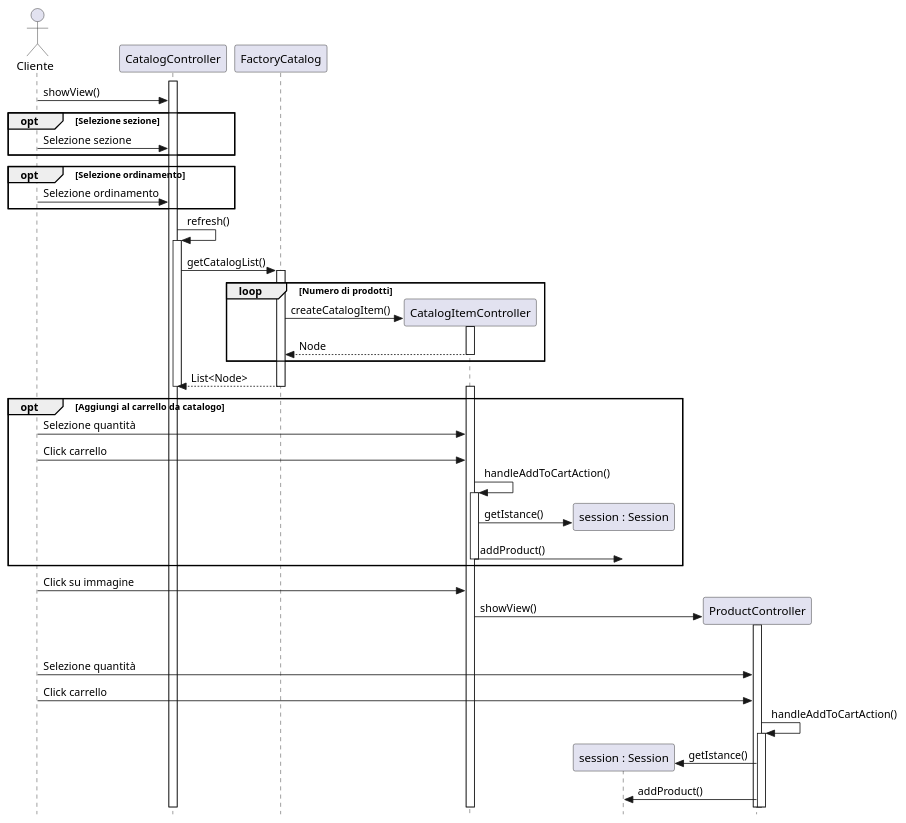
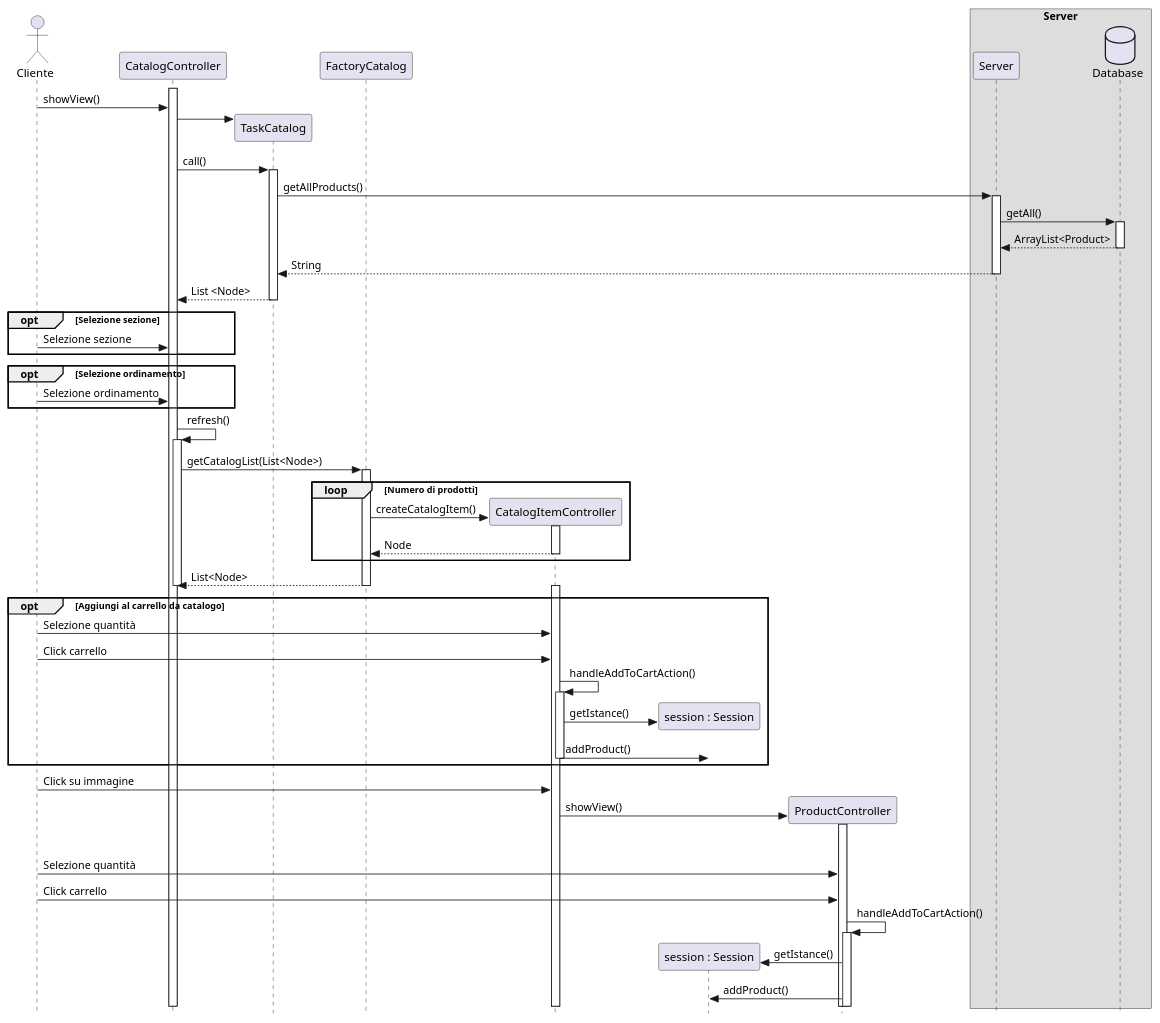
Before and after one commit to joshuachp/progetto_ingegneria_software: the diagram in docs/diagrams/class/sequence_effettua_spesa.puml, drawn with PlantUML.

```diff
--- a/docs/diagrams/class/sequence_effettua_spesa.puml
+++ b/docs/diagrams/class/sequence_effettua_spesa.puml
@@ -1,53 +1,74 @@
 @startuml
 actor Cliente
 skinparam Style strictuml
 participant CatalogController
+participant TaskCatalog
+participant FactoryCatalog
+participant CatalogItemController
+participant "session : Session"
+participant ProductController
+box Server
+    participant Server
+    database Database
+end box
+
+
 Cliente -> CatalogController : showView()
+CatalogController->TaskCatalog **
+CatalogController->TaskCatalog : call()
+activate TaskCatalog
+TaskCatalog->Server : getAllProducts()
+activate Server
+Server->Database : getAll()
+activate Database 
+return ArrayList<Product>
+return String
+return List <Node>
+
 opt Selezione sezione
 Cliente -> CatalogController : Selezione sezione
 end opt
 opt Selezione ordinamento
 Cliente -> CatalogController : Selezione ordinamento
 end opt
 activate CatalogController
 CatalogController->CatalogController : refresh()
 activate CatalogController
-CatalogController->FactoryCatalog : getCatalogList()
+CatalogController->FactoryCatalog : getCatalogList(List<Node>)
 activate FactoryCatalog
 loop Numero di prodotti
 FactoryCatalog -> CatalogItemController **: createCatalogItem()
 activate CatalogItemController
 return Node
 end loop
 return List<Node>
 deactivate CatalogController
 
 activate CatalogItemController
 
 opt Aggiungi al carrello da catalogo
 Cliente -> CatalogItemController : Selezione quantità
  
 Cliente -> CatalogItemController : Click carrello
 
 CatalogItemController -> CatalogItemController : handleAddToCartAction() 
 activate CatalogItemController
 CatalogItemController -> "session : Session" ** : getIstance()
 CatalogItemController -> "session : Session" : addProduct()
 deactivate CatalogItemController
 end opt 
 
 Cliente -> CatalogItemController : Click su immagine
 CatalogItemController -> ProductController **: showView()
 activate ProductController
 opt Aggiungi al carrello da catalogo
 Cliente -> ProductController : Selezione quantità
  
 Cliente -> ProductController : Click carrello
 
 ProductController -> ProductController : handleAddToCartAction() 
 activate ProductController
 ProductController -> "session : Session" ** : getIstance()
 ProductController -> "session : Session" : addProduct()
 
-
 @enduml
```
